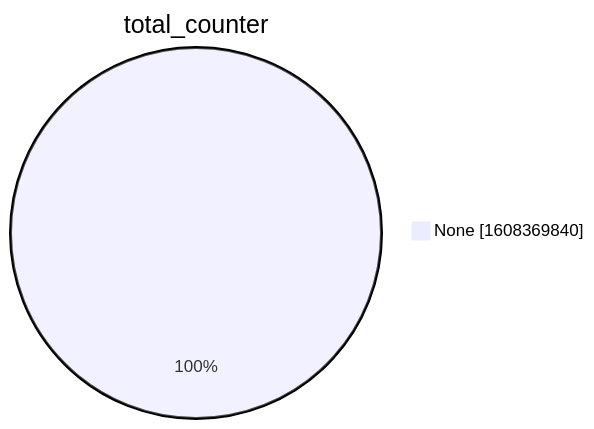
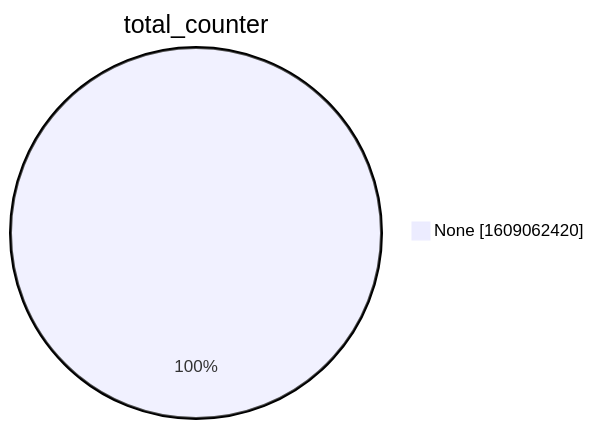
One commit to christiankrug/ctmonitor_visualization changed the second of 15 diagrams in xenon2022/README.md. Above: the diagram before and after it, drawn with Mermaid. The commit also changed other lines of this file, not shown here.

````diff
--- a/xenon2022/README.md
+++ b/xenon2022/README.md
@@ -9,5 +9,5 @@
 ```mermaid
 pie showData
 title total_counter
-"None" :1608369840
+"None" :1609062420
 ```
````
